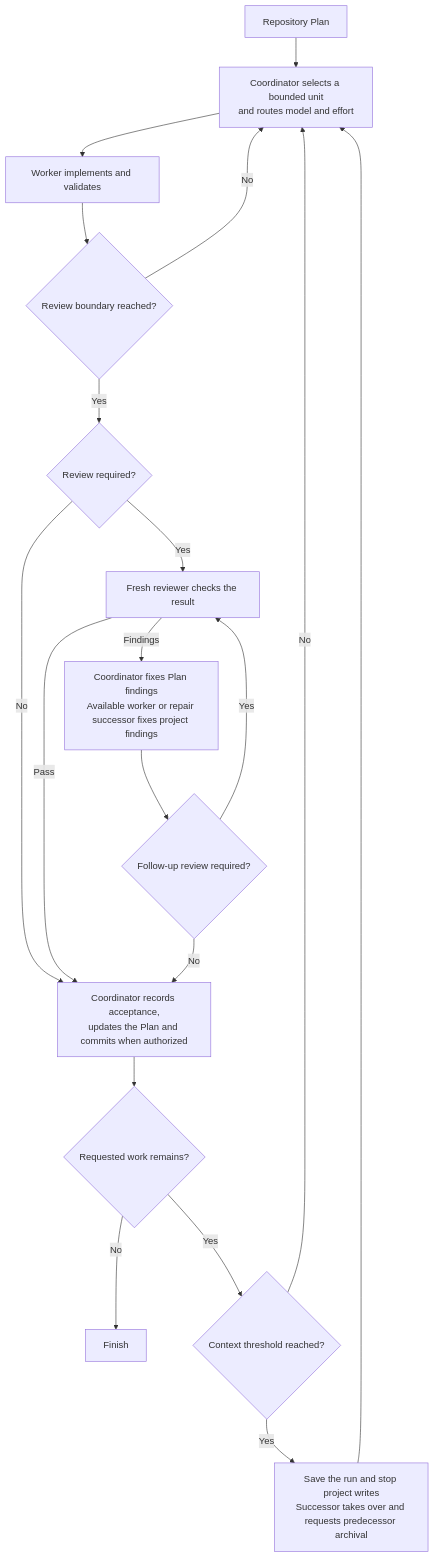
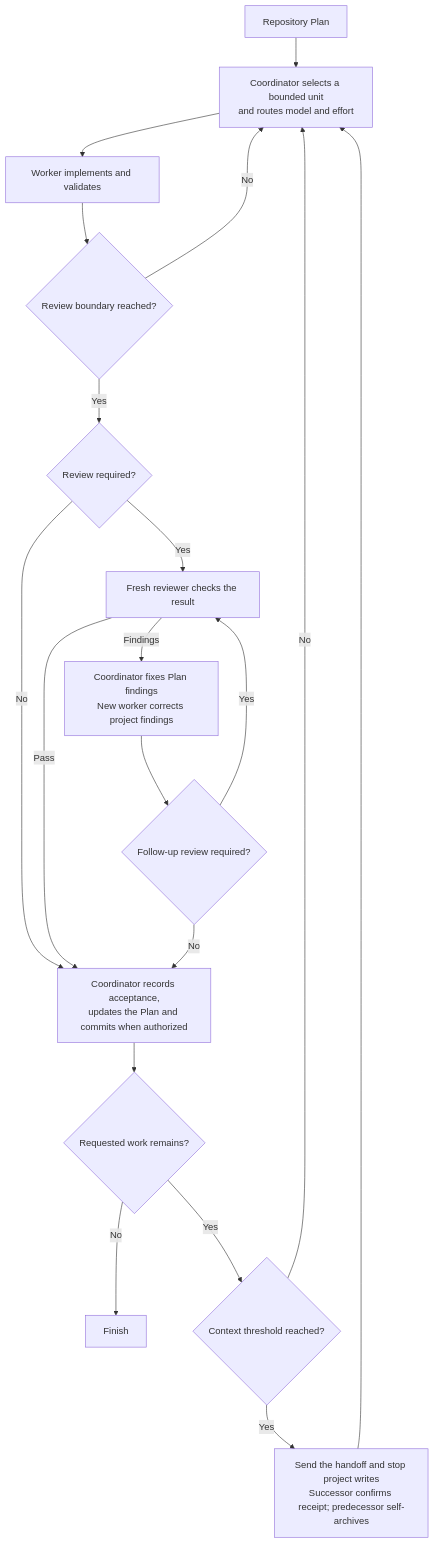
Before and after one commit to benjaminstelzer/scoville-suite-for-codex: the diagram in README.md, drawn with Mermaid. The commit also changed other lines of this file and 67 other files, not shown here.

````diff
--- a/README.md
+++ b/README.md
@@ -48,21 +49,21 @@
 ```mermaid
 flowchart TD
     P["Repository Plan"] --> C["Coordinator selects a bounded unit<br/>and routes model and effort"]
     C --> W["Worker implements and validates"]
     W --> B{"Review boundary reached?"}
     B -->|No| C
     B -->|Yes| G{"Review required?"}
     G -->|Yes| R["Fresh reviewer checks the result"]
     G -->|No| A["Coordinator records acceptance,<br/>updates the Plan and commits when authorized"]
     R -->|Pass| A
-    R -->|Findings| F["Coordinator fixes Plan findings<br/>Available worker or repair successor fixes project findings"]
+    R -->|Findings| F["Coordinator fixes Plan findings<br/>New worker corrects project findings"]
     F --> Q{"Follow-up review required?"}
     Q -->|Yes| R
     Q -->|No| A
     A --> N{"Requested work remains?"}
     N -->|No| D["Finish"]
     N -->|Yes| T{"Context threshold reached?"}
     T -->|No| C
-    T -->|Yes| H["Save the run and stop project writes<br/>Successor takes over and requests predecessor archival"]
+    T -->|Yes| H["Send the handoff and stop project writes<br/>Successor confirms receipt; predecessor self-archives"]
     H --> C
 ```
````
